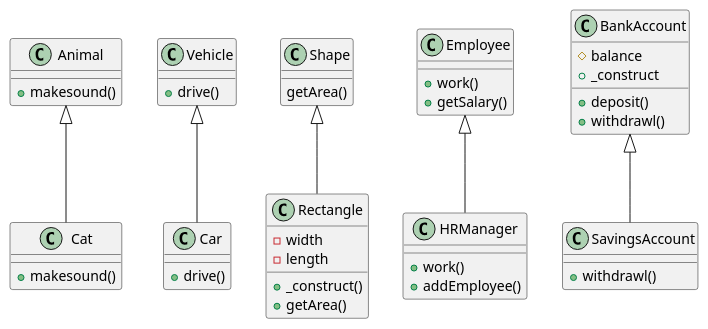
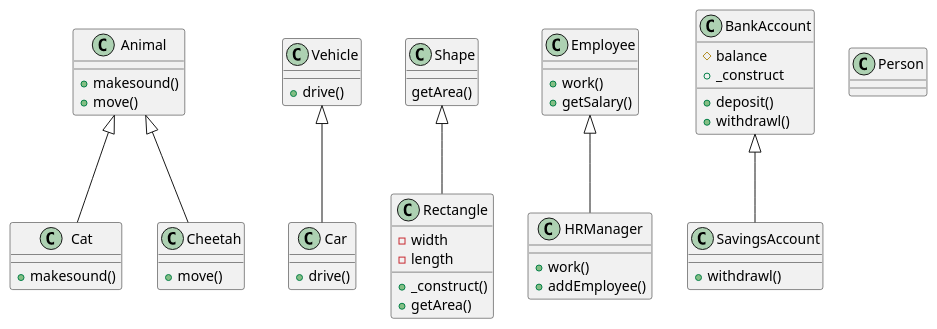
The diagram in exercises/ex-objects-inheritence.puml (tanveerali13/block3-adv-web), drawn with PlantUML before and after one commit. The commit also changed 1 other file, not shown here.

```diff
--- a/exercises/ex-objects-inheritence.puml
+++ b/exercises/ex-objects-inheritence.puml
@@ -1,50 +1,63 @@
 @startuml
 
 ' Problem 1
 class Animal{
     +makesound()
 }
 class Cat extends Animal{
     +makesound()
 }
 
 ' Problem 2
 class Vehicle{
     +drive()
 }
 class Car extends Vehicle{
     +drive()
 }
 
 ' Problem 3
 class Shape{
     getArea()
 }
 class Rectangle extends Shape{
     -width
     -length
     +_construct()
     +getArea()
 }
 
 ' Problem 4
 class Employee{
     +work()
     +getSalary()
 }
 class HRManager extends Employee{
     +work()
     +addEmployee()  
 }
 
 ' Problem 5
 class BankAccount{
     #balance
     +_construct
     +deposit()
     +withdrawl()
 }
 class SavingsAccount extends BankAccount{
     +withdrawl()
 }
+
+' Problem 6
+class Animal{
+    +move()
+}
+class Cheetah extends Animal{
+    +move()
+}
+
+' Problem 7
+class Person{
+    
+}
 @enduml
```
